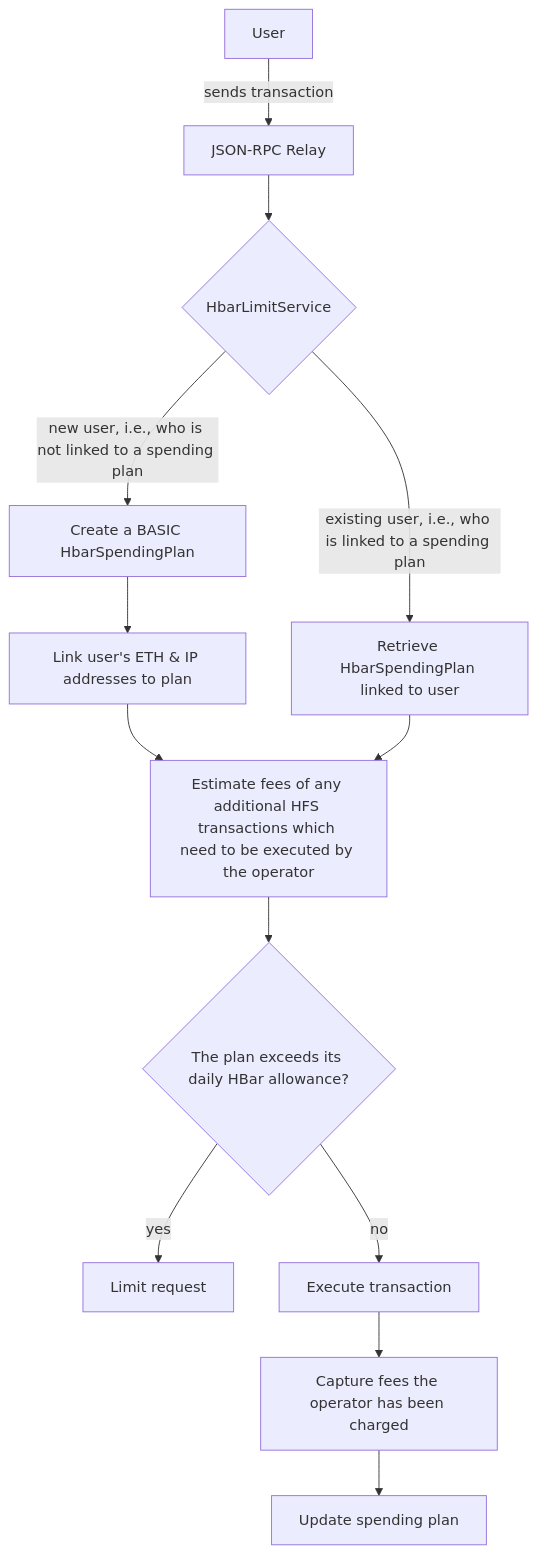
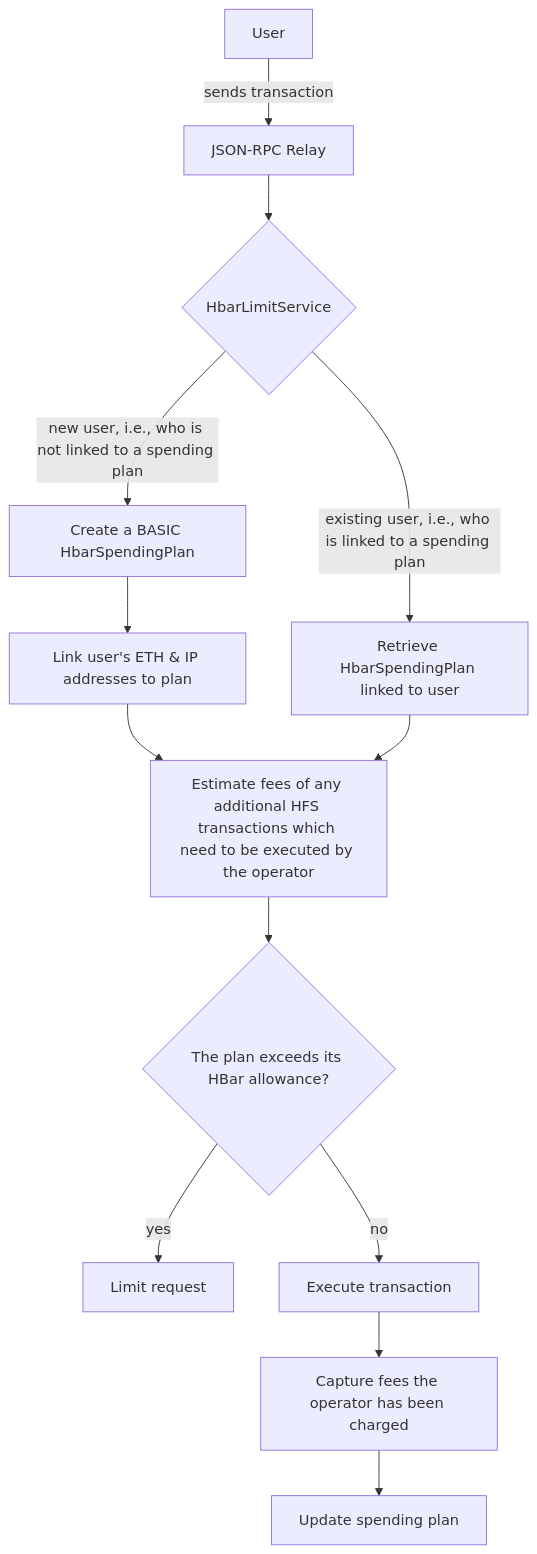
One commit to hashgraph/hedera-json-rpc-relay changed the first of 3 diagrams in docs/design/hbar-limiter.md. Above: the diagram before and after it, drawn with Mermaid. The commit also changed other lines of this file and 19 other files, not shown here.

````diff
--- a/docs/design/hbar-limiter.md
+++ b/docs/design/hbar-limiter.md
@@ -81,15 +81,15 @@
 ```mermaid
 flowchart TD
     A[User] -->|sends transaction| B[JSON-RPC Relay]
     B --> C{HbarLimitService}
     C -->|new user, i.e., who is not linked to a spending plan| D[Create a BASIC HbarSpendingPlan]
     D --> E[Link user's ETH & IP addresses to plan]
     E --> F[Estimate fees of any additional HFS transactions which need to be executed by the operator]
     C -->|existing user, i.e., who is linked to a spending plan| G[Retrieve HbarSpendingPlan linked to user]
     G --> F
-    F --> H{The plan exceeds its daily HBar allowance?}
+    F --> H{The plan exceeds its HBar allowance?}
     H --> |yes| I[Limit request]
     H --> |no| J[Execute transaction]
     J --> K[Capture fees the operator has been charged]
     K --> L[Update spending plan]
 ```
````
